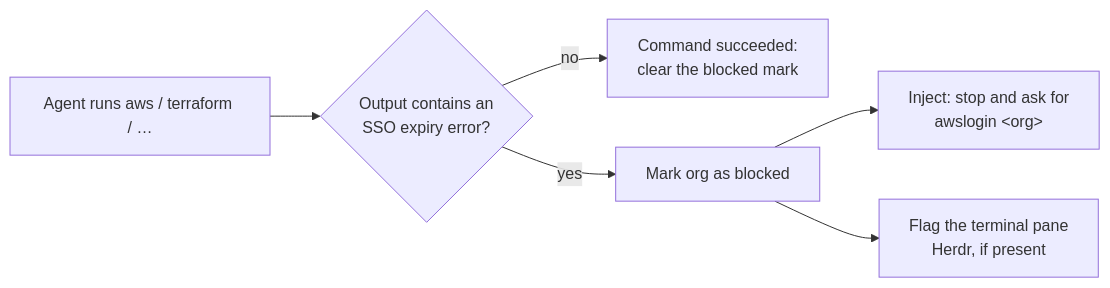
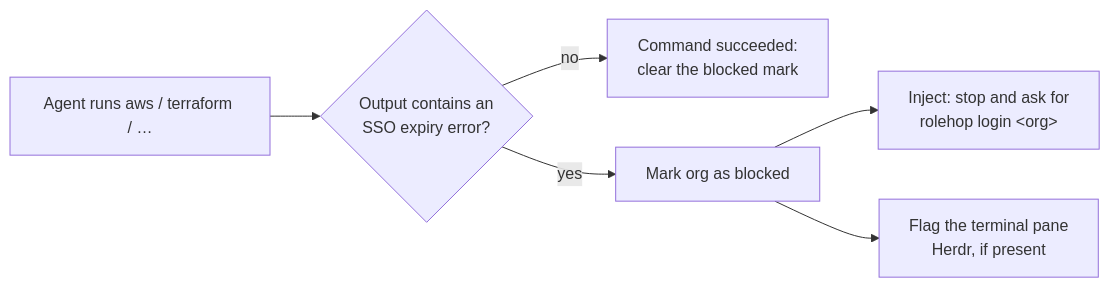
Before and after one commit to escobarjsa/rolehop: the diagram in docs/guide/ai-agents.md, drawn with Mermaid. The commit also changed other lines of this file and 27 other files, not shown here.

First line of the commit message:
feat: make rolehop login the primary sign-in command (1.7.0)

````diff
--- a/docs/guide/ai-agents.md
+++ b/docs/guide/ai-agents.md
@@ -40,8 +40,8 @@
 ```mermaid
 flowchart LR
     A[Agent runs aws / terraform / …] --> B{Output contains an<br/>SSO expiry error?}
     B -- no --> C[Command succeeded:<br/>clear the blocked mark]
     B -- yes --> D[Mark org as blocked]
-    D --> E[Inject: stop and ask for<br/>awslogin &lt;org&gt;]
+    D --> E[Inject: stop and ask for<br/>rolehop login &lt;org&gt;]
     D --> F[Flag the terminal pane<br/>Herdr, if present]
 ```
````
